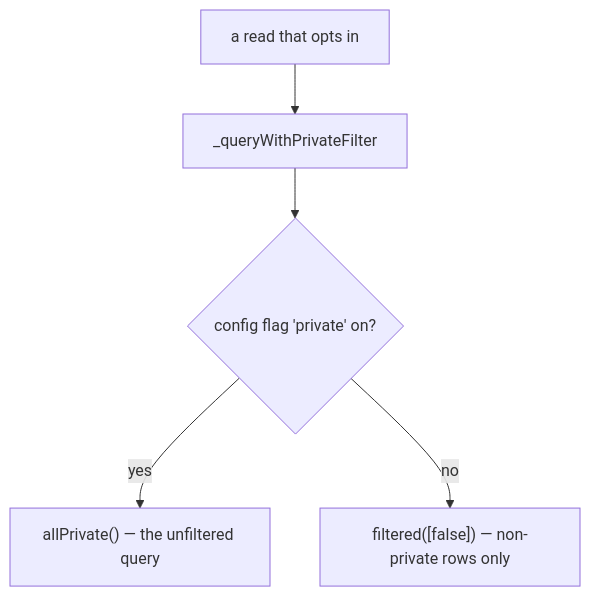
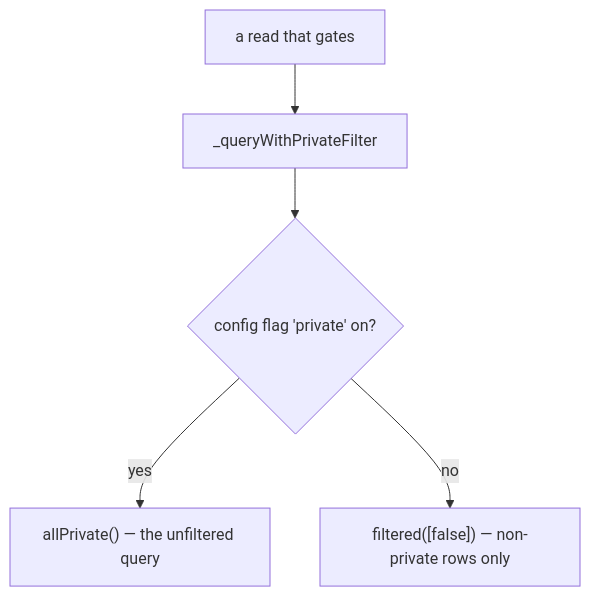
Before and after one commit to matthiasn/lotti: the third of 3 diagrams in knowledge/architecture/persistence.md, drawn with Mermaid. The commit also changed other lines of this file and 4 other files, not shown here.

````diff
--- a/knowledge/architecture/persistence.md
+++ b/knowledge/architecture/persistence.md
@@ -224,7 +230,7 @@
 ```mermaid
 flowchart TD
-  Q["a read that opts in"] --> G["_queryWithPrivateFilter"]
+  Q["a read that gates"] --> G["_queryWithPrivateFilter"]
   G --> F{"config flag 'private' on?"}
   F -->|yes| All["allPrivate() — the unfiltered query"]
   F -->|no| Filt["filtered([false]) — non-private rows only"]
 ```
````
